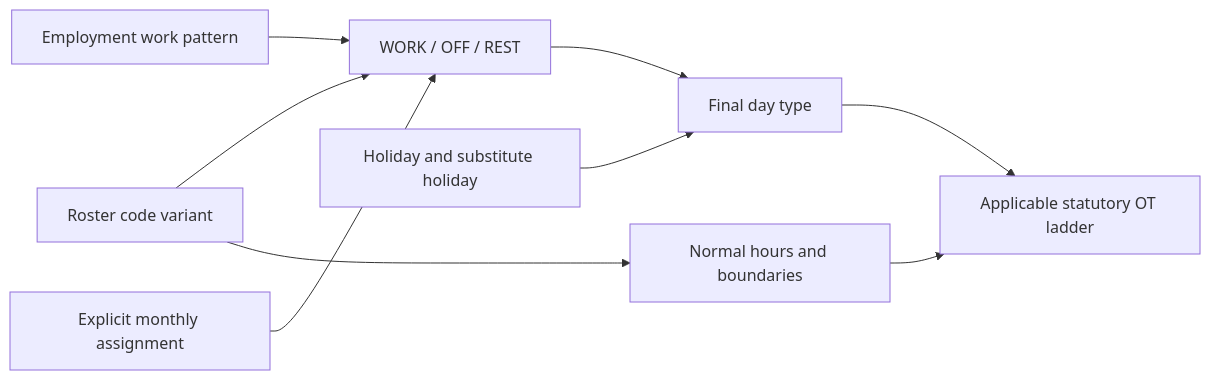
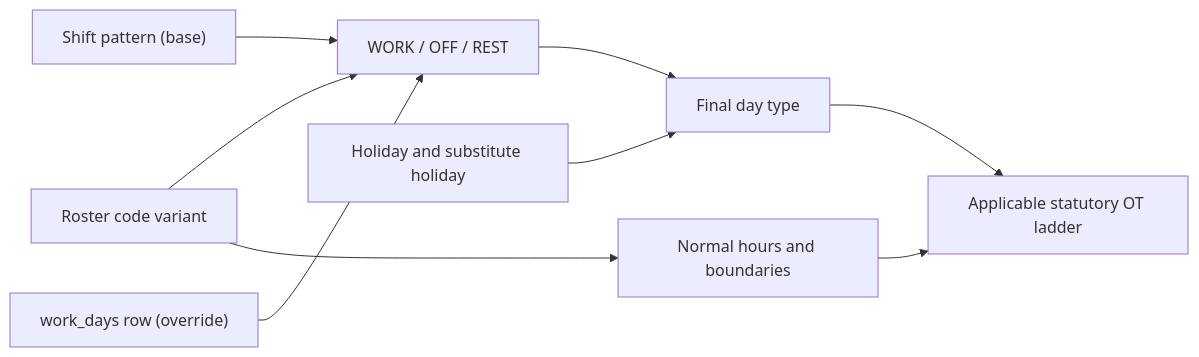
One commit to norbital-ai/templates changed the second of 4 diagrams in hr-payroll/docs/architecture.md. Above: the diagram before and after it, drawn with Mermaid. The commit also changed other lines of this file and 145 other files, not shown here.

````diff
--- a/hr-payroll/docs/architecture.md
+++ b/hr-payroll/docs/architecture.md
@@ -376,11 +376,11 @@
 ```mermaid
 flowchart LR
   C["Roster code variant"] --> D["WORK / OFF / REST"]
-  P["Employment work pattern"] --> D
-  R["Explicit monthly assignment"] --> D
+  P["Shift pattern (base)"] --> D
+  R["work_days row (override)"] --> D
   H["Holiday and substitute holiday"] --> T["Final day type"]
   D --> T
   C --> A["Normal hours and boundaries"]
   T --> O["Applicable statutory OT ladder"]
   A --> O
 ```
````
